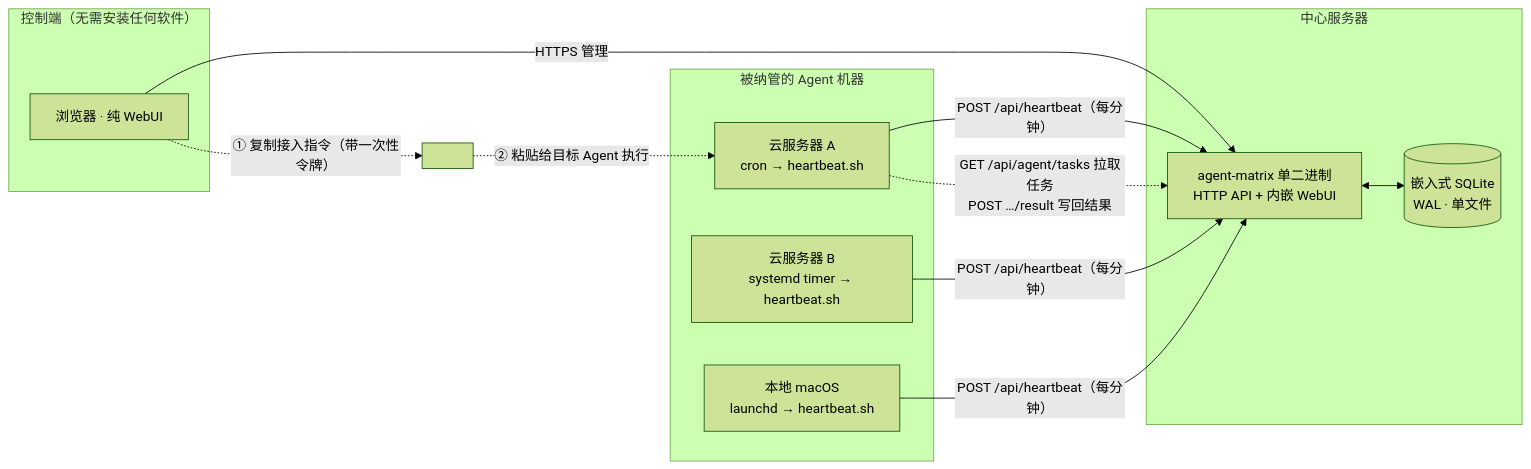
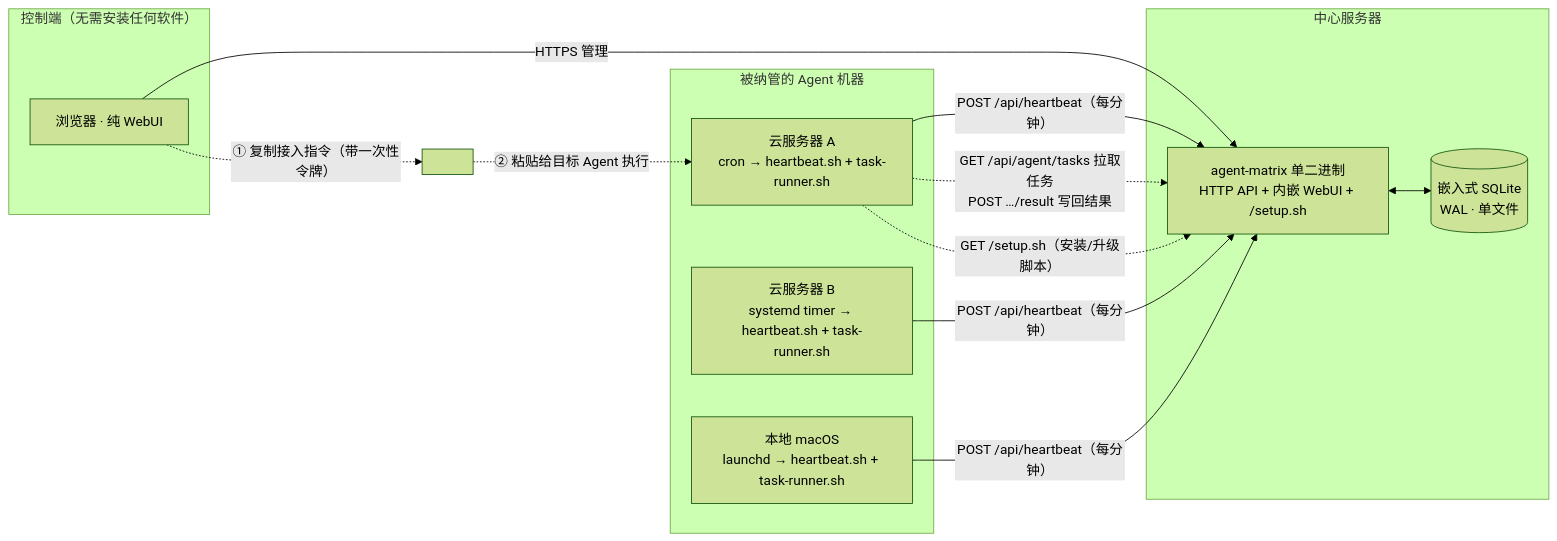
The first of 5 diagrams in README.md (HankGuo/agent-matrix), drawn with Mermaid (forest theme) before and after one commit. The commit also changed other lines of this file and 6 other files, not shown here.

````diff
--- a/README.md
+++ b/README.md
@@ -11,26 +11,27 @@
 ```mermaid
 flowchart LR
     subgraph 控制端["控制端（无需安装任何软件）"]
         B["浏览器 · 纯 WebUI"]
     end
 
     subgraph 中心服务器
-        S["agent-matrix 单二进制<br/>HTTP API + 内嵌 WebUI"]
+        S["agent-matrix 单二进制<br/>HTTP API + 内嵌 WebUI + /setup.sh"]
         DB[("嵌入式 SQLite<br/>WAL · 单文件")]
         S <--> DB
     end
 
     subgraph 被纳管的 Agent 机器
-        G1["云服务器 A<br/>cron → heartbeat.sh"]
-        G2["云服务器 B<br/>systemd timer → heartbeat.sh"]
-        G3["本地 macOS<br/>launchd → heartbeat.sh"]
+        G1["云服务器 A<br/>cron → heartbeat.sh + task-runner.sh"]
+        G2["云服务器 B<br/>systemd timer → heartbeat.sh + task-runner.sh"]
+        G3["本地 macOS<br/>launchd → heartbeat.sh + task-runner.sh"]
     end
 
     B -->|"HTTPS 管理"| S
     G1 -->|"POST /api/heartbeat（每分钟）"| S
     G2 -->|"POST /api/heartbeat（每分钟）"| S
     G3 -->|"POST /api/heartbeat（每分钟）"| S
     G1 -.->|"GET /api/agent/tasks 拉取任务<br/>POST …/result 写回结果"| S
+    G1 -.->|"GET /setup.sh（安装/升级脚本）"| S
     B -.->|"① 复制接入指令（带一次性令牌）"| P[" "]
     P -.->|"② 粘贴给目标 Agent 执行"| G1
 ```
````
